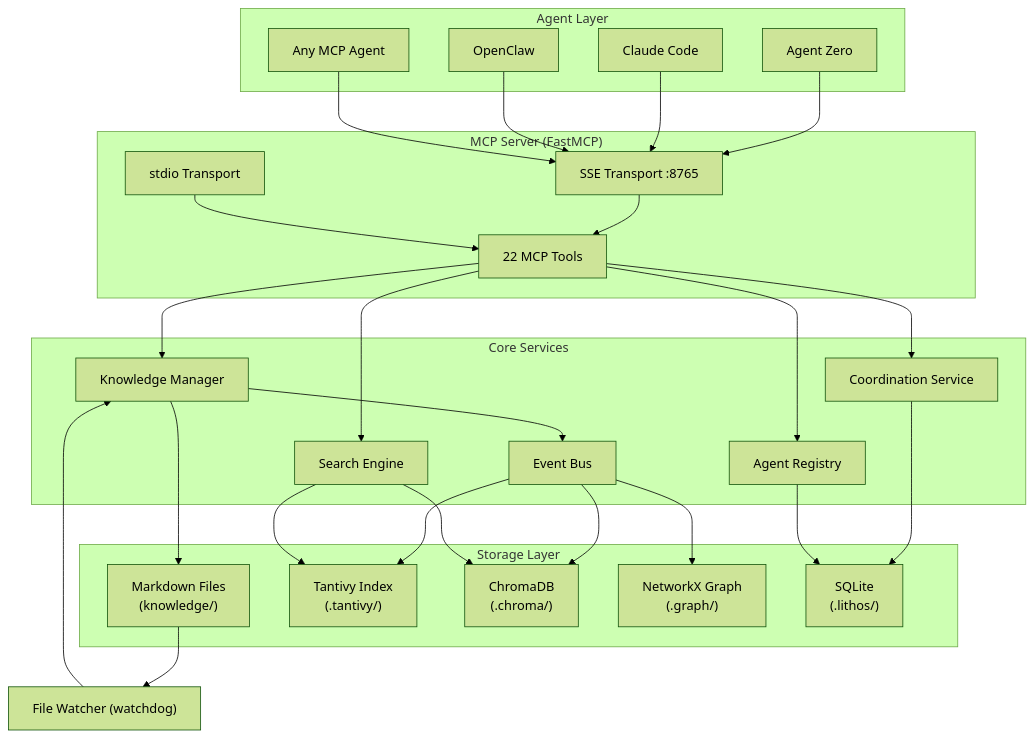
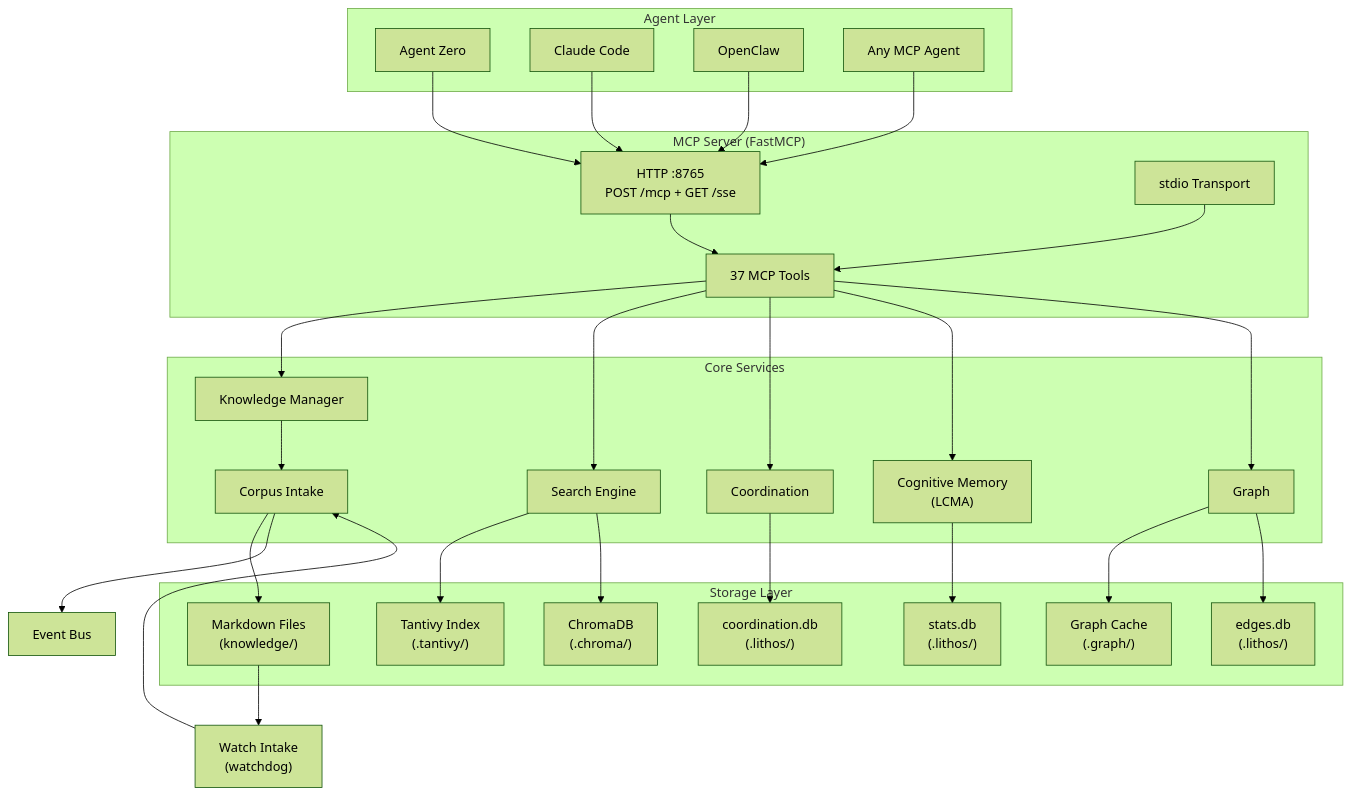
Before and after one commit to agent-lore/lithos-docs: the first of 2 diagrams in docs/concepts/architecture.md, drawn with Mermaid (forest theme). The commit also changed other lines of this file and 2 other files, not shown here.

````diff
--- a/docs/concepts/architecture.md
+++ b/docs/concepts/architecture.md
@@ -5,44 +5,50 @@
 ```mermaid
 graph TB
     subgraph Agents["Agent Layer"]
         AZ["Agent Zero"]
         CC["Claude Code"]
         OC["OpenClaw"]
         XX["Any MCP Agent"]
     end
 
     subgraph MCP["MCP Server (FastMCP)"]
-        TOOLS["22 MCP Tools"]
-        SSE["SSE Transport :8765"]
+        TOOLS["37 MCP Tools"]
+        HTTP["HTTP :8765\nPOST /mcp + GET /sse"]
         STDIO["stdio Transport"]
     end
 
     subgraph Core["Core Services"]
         KM["Knowledge Manager"]
+        CI["Corpus Intake"]
         SE["Search Engine"]
-        CS["Coordination Service"]
-        AR["Agent Registry"]
-        EB["Event Bus"]
+        GR["Graph"]
+        CS["Coordination"]
+        CM["Cognitive Memory\n(LCMA)"]
     end
 
     subgraph Storage["Storage Layer"]
         MD["Markdown Files\n(knowledge/)"]
+        ED["edges.db\n(.lithos/)"]
+        SQ["coordination.db\n(.lithos/)"]
+        ST["stats.db\n(.lithos/)"]
         TV["Tantivy Index\n(.tantivy/)"]
         CH["ChromaDB\n(.chroma/)"]
-        NX["NetworkX Graph\n(.graph/)"]
-        SQ["SQLite\n(.lithos/)"]
+        NX["Graph Cache\n(.graph/)"]
     end
 
-    FW["File Watcher (watchdog)"]
+    FW["Watch Intake\n(watchdog)"]
+    EB["Event Bus"]
 
-    AZ & CC & OC & XX --> SSE
-    SSE & STDIO --> TOOLS
-    TOOLS --> KM & SE & CS & AR
-    KM --> MD
-    KM --> EB
-    EB --> TV & CH & NX
+    AZ & CC & OC & XX --> HTTP
+    HTTP & STDIO --> TOOLS
+    TOOLS --> KM & SE & CS & CM & GR
+    KM --> CI
+    CI --> MD
+    CI --> EB
     SE --> TV & CH
-    CS & AR --> SQ
-    FW --> KM
+    GR --> NX & ED
+    CS --> SQ
+    CM --> ST
+    FW --> CI
     MD --> FW
 ```
````
